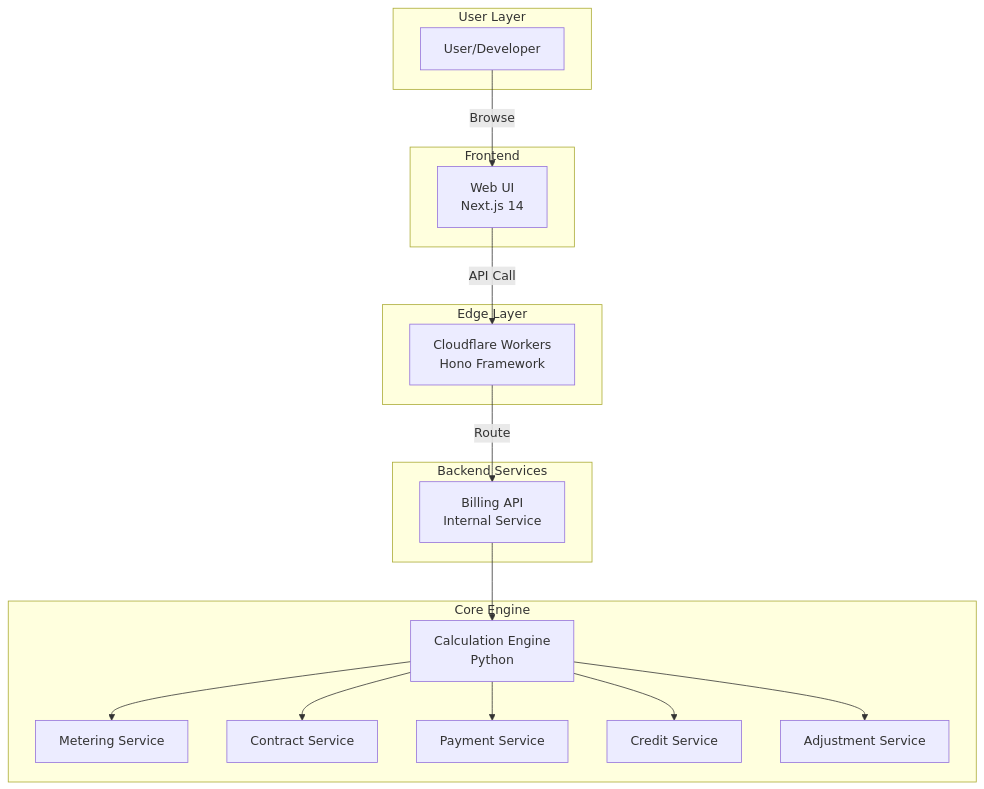
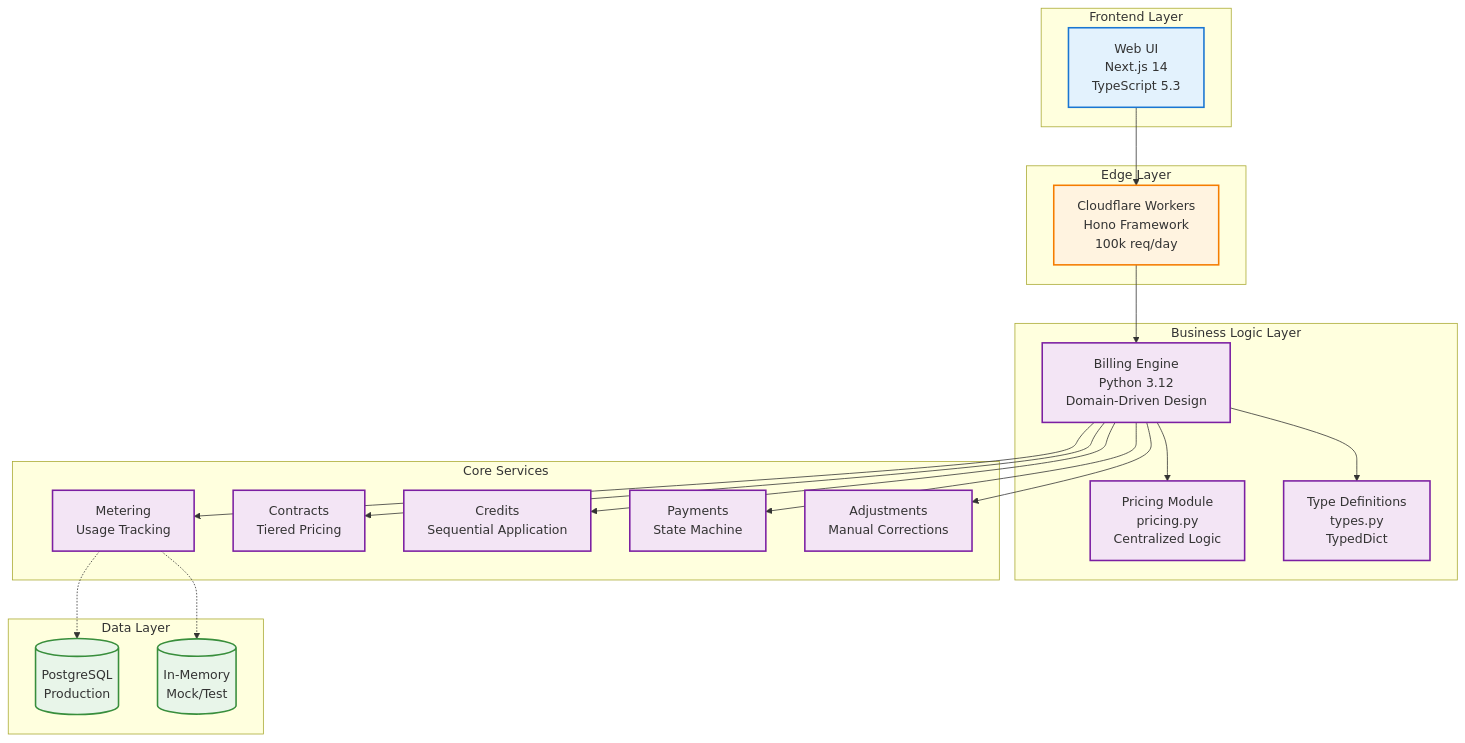
One commit to johanna-II/BillingTest changed the first of 7 diagrams in docs/ARCHITECTURE.md. Above: the diagram before and after it, drawn with Mermaid. The commit also changed other lines of this file and 5 other files, not shown here.

````diff
--- a/docs/ARCHITECTURE.md
+++ b/docs/ARCHITECTURE.md
@@ -11,37 +11,52 @@
 ```mermaid
 graph TB
-    subgraph "User Layer"
-        U[User/Developer]
-    end
-
-    subgraph "Frontend"
-        WEB[Web UI<br/>Next.js 14]
+    subgraph "Frontend Layer"
+        WEB[Web UI<br/>Next.js 14<br/>TypeScript 5.3]
     end
 
     subgraph "Edge Layer"
-        CF[Cloudflare Workers<br/>Hono Framework]
+        WORKERS[Cloudflare Workers<br/>Hono Framework<br/>100k req/day]
     end
 
-    subgraph "Backend Services"
-        API[Billing API<br/>Internal Service]
+    subgraph "Business Logic Layer"
+        ENGINE[Billing Engine<br/>Python 3.12<br/>Domain-Driven Design]
+        PRICING[Pricing Module<br/>pricing.py<br/>Centralized Logic]
+        TYPES[Type Definitions<br/>types.py<br/>TypedDict]
     end
 
-    subgraph "Core Engine"
-        CALC[Calculation Engine<br/>Python]
-        METER[Metering Service]
-        CONTRACT[Contract Service]
-        PAYMENT[Payment Service]
-        CREDIT[Credit Service]
-        ADJ[Adjustment Service]
+    subgraph "Core Services"
+        METER[Metering<br/>Usage Tracking]
+        CONTRACT[Contracts<br/>Tiered Pricing]
+        CREDIT[Credits<br/>Sequential Application]
+        PAYMENT[Payments<br/>State Machine]
+        ADJ[Adjustments<br/>Manual Corrections]
     end
 
-    U -->|Browse| WEB
-    WEB -->|API Call| CF
-    CF -->|Route| API
-    API --> CALC
-    CALC --> METER
-    CALC --> CONTRACT
-    CALC --> PAYMENT
-    CALC --> CREDIT
-    CALC --> ADJ
+    subgraph "Data Layer"
+        POSTGRES[(PostgreSQL<br/>Production)]
+        MEMORY[(In-Memory<br/>Mock/Test)]
+    end
+
+    WEB --> WORKERS
+    WORKERS --> ENGINE
+    ENGINE --> PRICING
+    ENGINE --> TYPES
+    ENGINE --> METER
+    ENGINE --> CONTRACT
+    ENGINE --> CREDIT
+    ENGINE --> PAYMENT
+    ENGINE --> ADJ
+
+    METER -.-> POSTGRES
+    METER -.-> MEMORY
+
+    classDef frontend fill:#e3f2fd,stroke:#1976d2,stroke-width:2px
+    classDef edge fill:#fff3e0,stroke:#f57c00,stroke-width:2px
+    classDef backend fill:#f3e5f5,stroke:#7b1fa2,stroke-width:2px
+    classDef data fill:#e8f5e9,stroke:#388e3c,stroke-width:2px
+
+    class WEB frontend
+    class WORKERS edge
+    class ENGINE,PRICING,TYPES,METER,CONTRACT,CREDIT,PAYMENT,ADJ backend
+    class POSTGRES,MEMORY data
 ```
````
